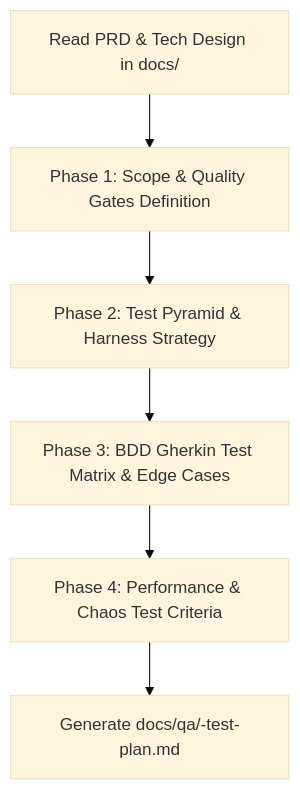
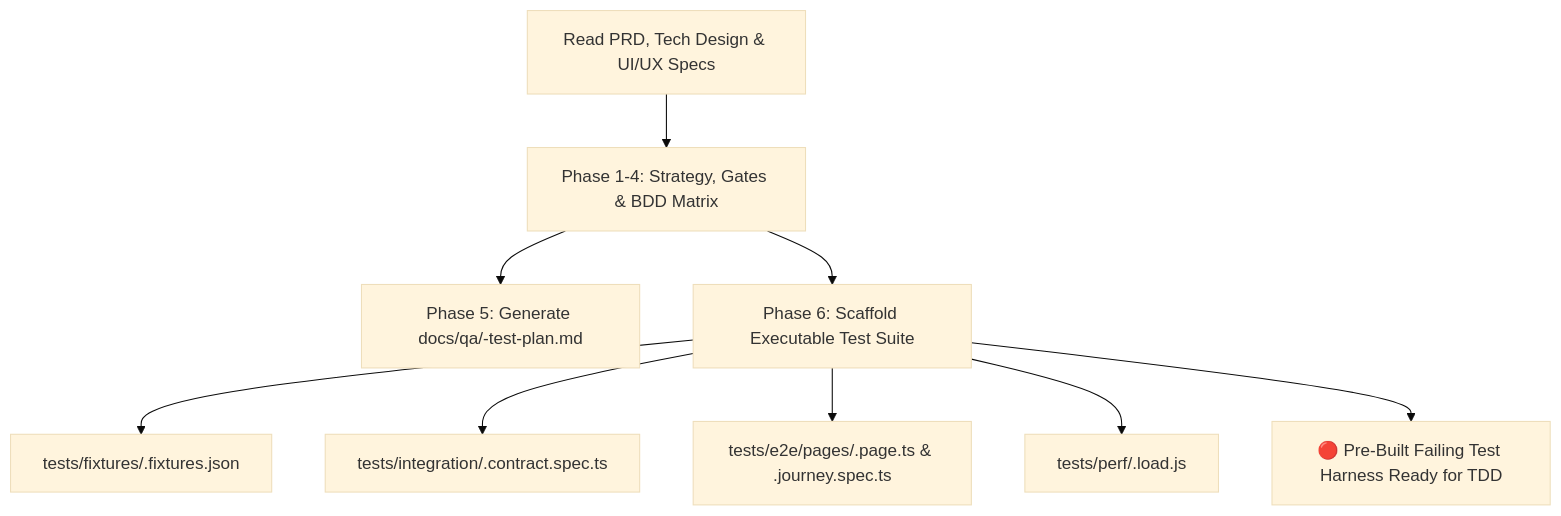
One commit to varienjanitra/ai-skills changed the diagram in skills/qa-test-planner/SKILL.md. Above: the diagram before and after it, drawn with Mermaid (base theme). The commit also changed other lines of this file and 12 other files, not shown here.

Commit message:
feat(qa): upgrade qa-test-planner to generate executable .spec suites, fixtures, and k6 load tests

````diff
--- a/skills/qa-test-planner/SKILL.md
+++ b/skills/qa-test-planner/SKILL.md
@@ -19,8 +20,13 @@
 ```mermaid
 flowchart TD
-    A[Read PRD & Tech Design in docs/] --> B[Phase 1: Scope & Quality Gates Definition]
-    B --> C[Phase 2: Test Pyramid & Harness Strategy]
-    C --> D[Phase 3: BDD Gherkin Test Matrix & Edge Cases]
-    D --> E[Phase 4: Performance & Chaos Test Criteria]
-    E --> F[Generate docs/qa/<feature>-test-plan.md]
+    Specs["Read PRD, Tech Design & UI/UX Specs"] --> Strategy["Phase 1-4: Strategy, Gates & BDD Matrix"]
+    Strategy --> GenDoc["Phase 5: Generate docs/qa/<feature>-test-plan.md"]
+    
+    Strategy --> Harness["Phase 6: Scaffold Executable Test Suite"]
+    Harness --> Fixtures["tests/fixtures/<feature>.fixtures.json"]
+    Harness --> Integration["tests/integration/<feature>.contract.spec.ts"]
+    Harness --> E2E["tests/e2e/pages/<feature>.page.ts & .journey.spec.ts"]
+    Harness --> Perf["tests/perf/<feature>.load.js"]
+    
+    Harness --> Ready["🔴 Pre-Built Failing Test Harness Ready for TDD"]
 ```
````
